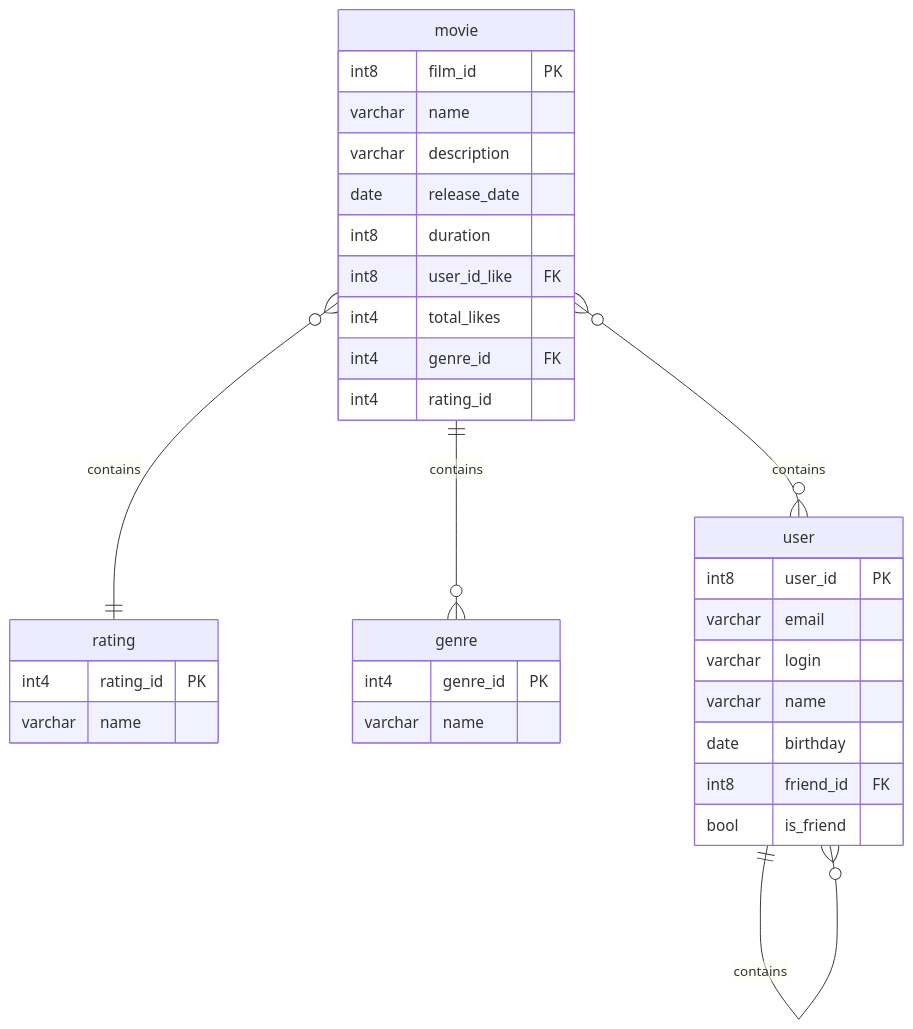
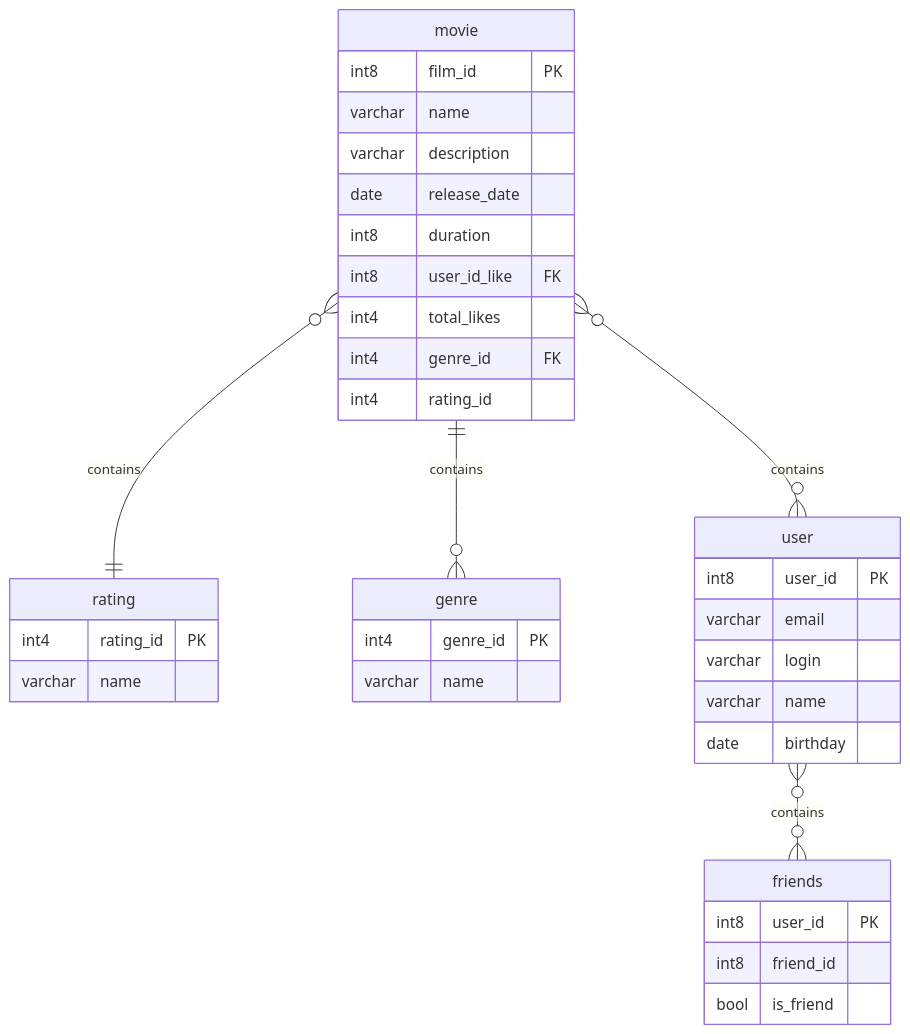
The diagram in README.md (MikeKotal/java-filmorate), drawn with Mermaid before and after one commit. The commit also changed other lines of this file, not shown here.

Commit message:
fixed ER-diagram #2

````diff
--- a/README.md
+++ b/README.md
@@ -20,38 +20,43 @@
 ```mermaid
 erDiagram
     movie {
         int8 film_id PK
         varchar name
         varchar description
         date release_date
         int8 duration
         int8 user_id_like FK
         int4 total_likes
         int4 genre_id FK
         int4 rating_id
     }
     
     rating {
         int4 rating_id PK
         varchar name
     }
     
     genre {
         int4 genre_id PK
         varchar name
     }
     user {
         int8 user_id PK
         varchar email
         varchar login
         varchar name
         date birthday
-        int8 friend_id FK
+    }
+    
+    friends {
+        int8 user_id PK
+        int8 friend_id
         bool is_friend
     }
+    
     movie ||--o{ genre : contains
     movie }o--o{ user : contains
-    user ||--}o user : contains
     movie }o--|| rating : contains
+    user }o--o{ friends : contains
     
 ```
````
